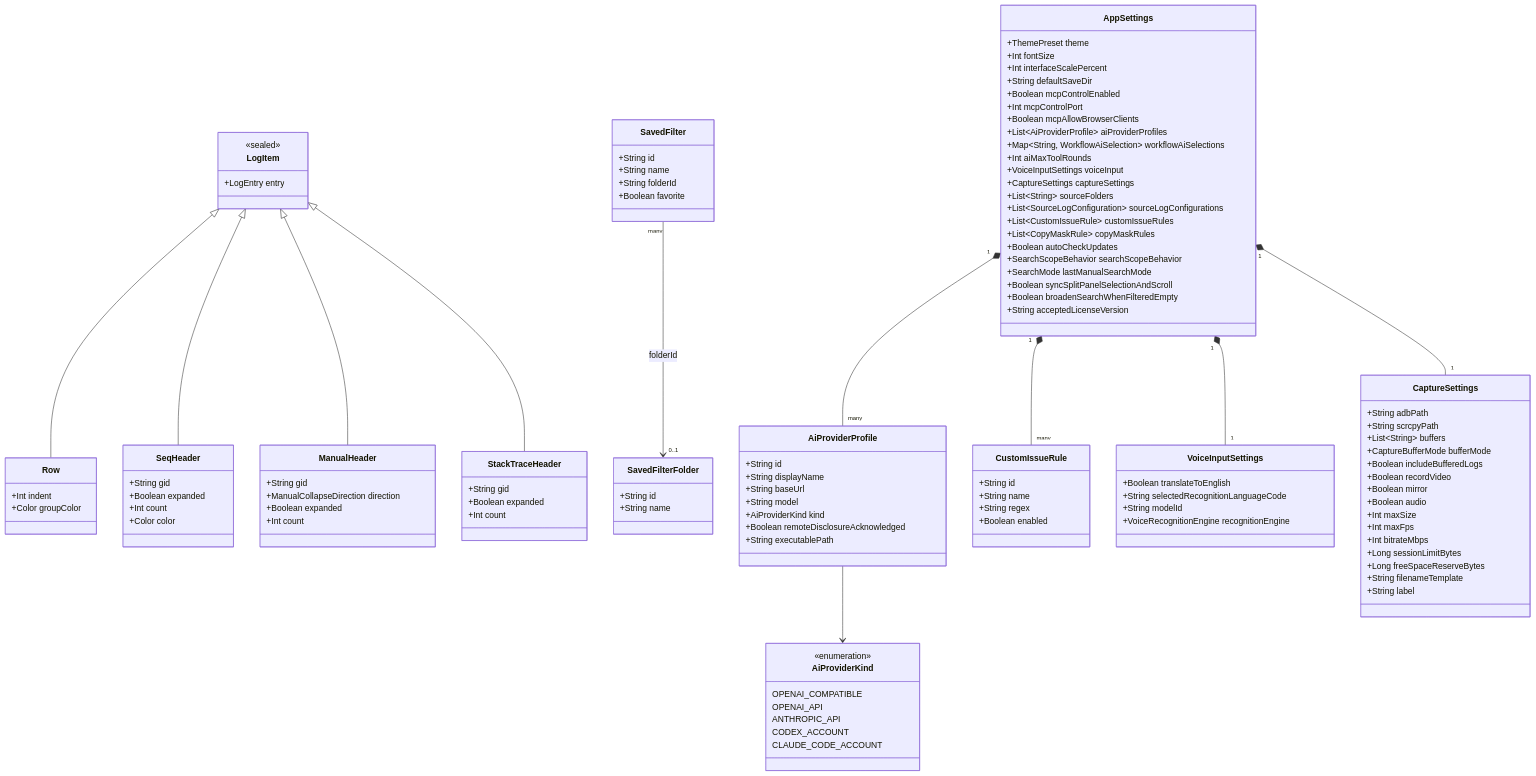
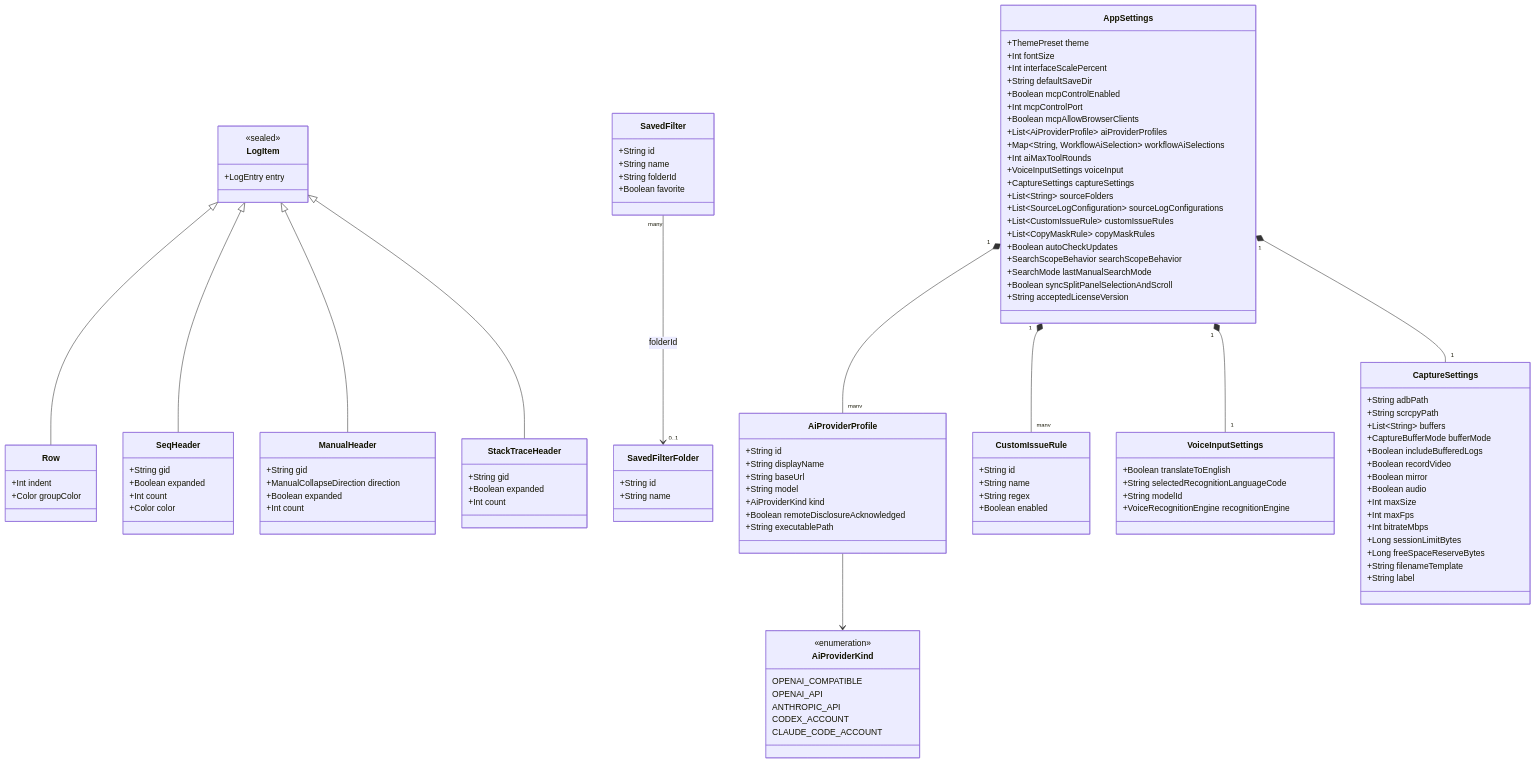
One commit to indagium/indagium changed the fifth of 17 diagrams in docs/SAAD.md. Above: the diagram before and after it, drawn with Mermaid. The commit also changed other lines of this file and 15 other files, not shown here.

```diff
--- a/docs/SAAD.md
+++ b/docs/SAAD.md
@@ -965,7 +956,6 @@
         +SearchScopeBehavior searchScopeBehavior
         +SearchMode lastManualSearchMode
         +Boolean syncSplitPanelSelectionAndScroll
-        +Boolean broadenSearchWhenFilteredEmpty
         +String acceptedLicenseVersion
     }
 
```
